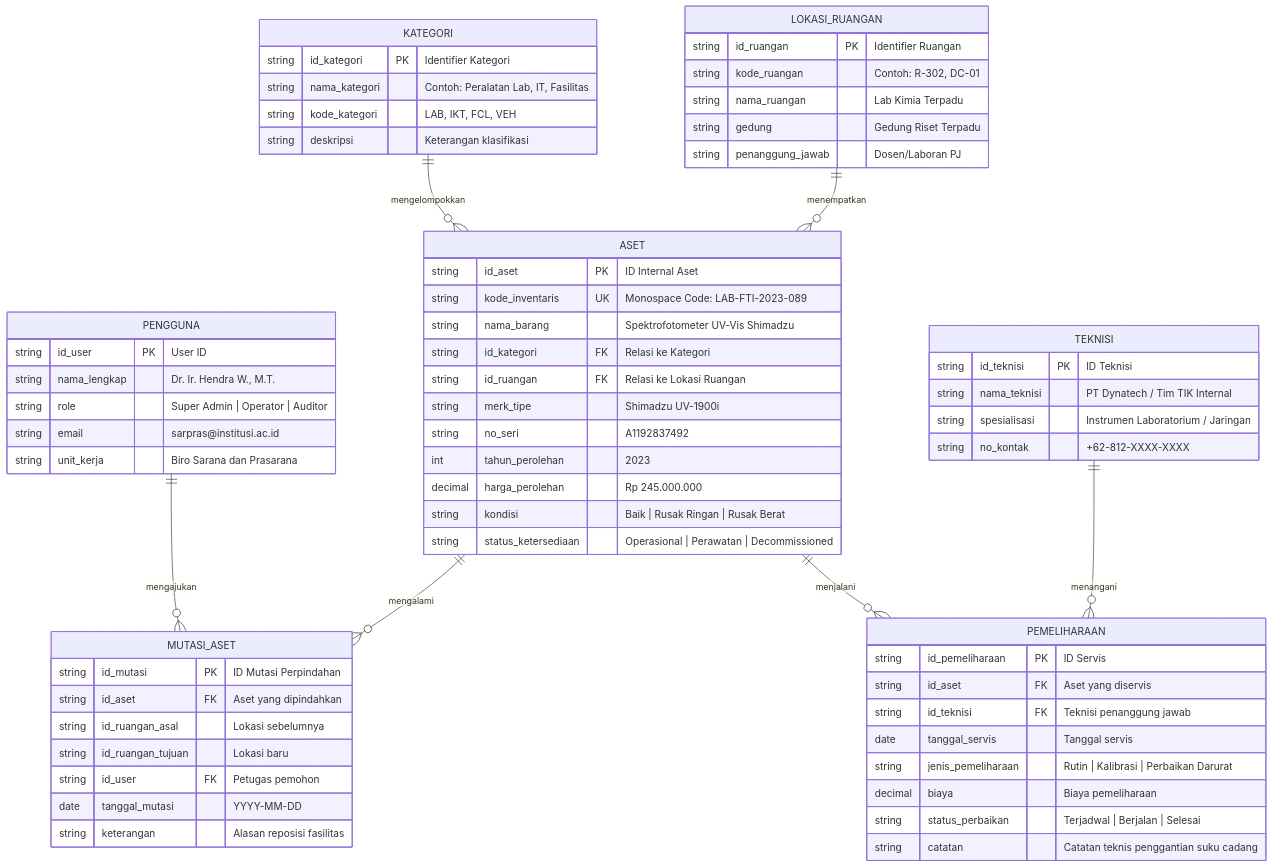
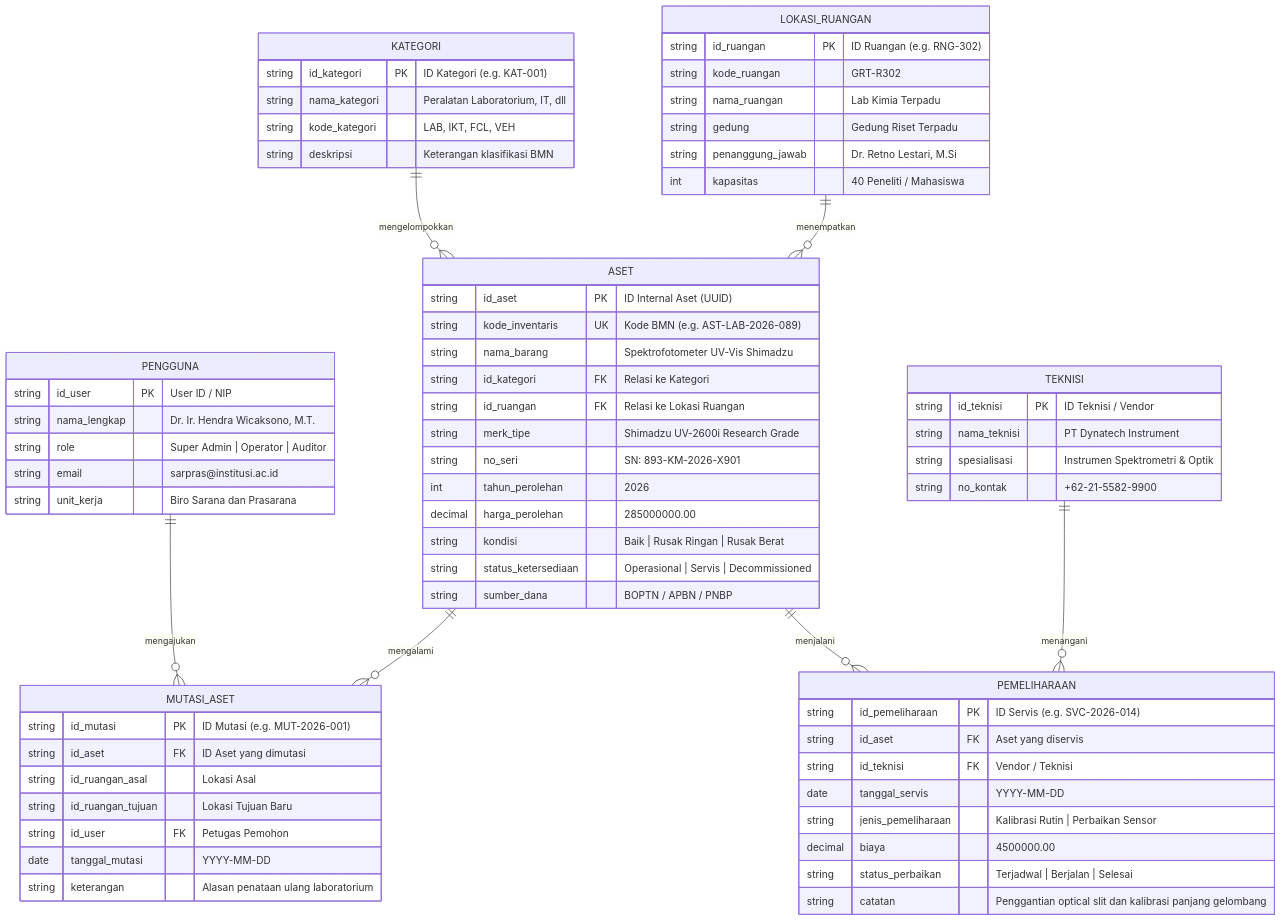
One commit to HeinrichRaxwell/SARPRAS-ACADEMIA changed the first of 3 diagrams in PERANCANGAN.md. Above: the diagram before and after it, drawn with Mermaid. The commit also changed other lines of this file and 5 other files, not shown here.

````diff
--- a/PERANCANGAN.md
+++ b/PERANCANGAN.md
@@ -85,74 +230,76 @@
 ```mermaid
 erDiagram
     KATEGORI ||--o{ ASET : "mengelompokkan"
     LOKASI_RUANGAN ||--o{ ASET : "menempatkan"
     PENGGUNA ||--o{ MUTASI_ASET : "mengajukan"
     ASET ||--o{ MUTASI_ASET : "mengalami"
     ASET ||--o{ PEMELIHARAAN : "menjalani"
     TEKNISI ||--o{ PEMELIHARAAN : "menangani"
 
     KATEGORI {
-        string id_kategori PK "Identifier Kategori"
-        string nama_kategori "Contoh: Peralatan Lab, IT, Fasilitas"
+        string id_kategori PK "ID Kategori (e.g. KAT-001)"
+        string nama_kategori "Peralatan Laboratorium, IT, dll"
         string kode_kategori "LAB, IKT, FCL, VEH"
-        string deskripsi "Keterangan klasifikasi"
+        string deskripsi "Keterangan klasifikasi BMN"
     }
 
     LOKASI_RUANGAN {
-        string id_ruangan PK "Identifier Ruangan"
-        string kode_ruangan "Contoh: R-302, DC-01"
+        string id_ruangan PK "ID Ruangan (e.g. RNG-302)"
+        string kode_ruangan "GRT-R302"
         string nama_ruangan "Lab Kimia Terpadu"
         string gedung "Gedung Riset Terpadu"
-        string penanggung_jawab "Dosen/Laboran PJ"
+        string penanggung_jawab "Dr. Retno Lestari, M.Si"
+        int kapasitas "40 Peneliti / Mahasiswa"
     }
 
     ASET {
-        string id_aset PK "ID Internal Aset"
-        string kode_inventaris UK "Monospace Code: LAB-FTI-2023-089"
+        string id_aset PK "ID Internal Aset (UUID)"
+        string kode_inventaris UK "Kode BMN (e.g. AST-LAB-2026-089)"
         string nama_barang "Spektrofotometer UV-Vis Shimadzu"
         string id_kategori FK "Relasi ke Kategori"
         string id_ruangan FK "Relasi ke Lokasi Ruangan"
-        string merk_tipe "Shimadzu UV-1900i"
-        string no_seri "A1192837492"
-        int tahun_perolehan "2023"
-        decimal harga_perolehan "Rp 245.000.000"
+        string merk_tipe "Shimadzu UV-2600i Research Grade"
+        string no_seri "SN: 893-KM-2026-X901"
+        int tahun_perolehan "2026"
+        decimal harga_perolehan "285000000.00"
         string kondisi "Baik | Rusak Ringan | Rusak Berat"
-        string status_ketersediaan "Operasional | Perawatan | Decommissioned"
+        string status_ketersediaan "Operasional | Servis | Decommissioned"
+        string sumber_dana "BOPTN / APBN / PNBP"
     }
 
     PENGGUNA {
-        string id_user PK "User ID"
-        string nama_lengkap "Dr. Ir. Hendra W., M.T."
+        string id_user PK "User ID / NIP"
+        string nama_lengkap "Dr. Ir. Hendra Wicaksono, M.T."
         string role "Super Admin | Operator | Auditor"
         string email "sarpras@institusi.ac.id"
         string unit_kerja "Biro Sarana dan Prasarana"
     }
 
     MUTASI_ASET {
-        string id_mutasi PK "ID Mutasi Perpindahan"
-        string id_aset FK "Aset yang dipindahkan"
-        string id_ruangan_asal "Lokasi sebelumnya"
-        string id_ruangan_tujuan "Lokasi baru"
-        string id_user FK "Petugas pemohon"
+        string id_mutasi PK "ID Mutasi (e.g. MUT-2026-001)"
+        string id_aset FK "ID Aset yang dimutasi"
+        string id_ruangan_asal "Lokasi Asal"
+        string id_ruangan_tujuan "Lokasi Tujuan Baru"
+        string id_user FK "Petugas Pemohon"
         date tanggal_mutasi "YYYY-MM-DD"
-        string keterangan "Alasan reposisi fasilitas"
+        string keterangan "Alasan penataan ulang laboratorium"
     }
 
     PEMELIHARAAN {
-        string id_pemeliharaan PK "ID Servis"
+        string id_pemeliharaan PK "ID Servis (e.g. SVC-2026-014)"
         string id_aset FK "Aset yang diservis"
-        string id_teknisi FK "Teknisi penanggung jawab"
-        date tanggal_servis "Tanggal servis"
-        string jenis_pemeliharaan "Rutin | Kalibrasi | Perbaikan Darurat"
-        decimal biaya "Biaya pemeliharaan"
+        string id_teknisi FK "Vendor / Teknisi"
+        date tanggal_servis "YYYY-MM-DD"
+        string jenis_pemeliharaan "Kalibrasi Rutin | Perbaikan Sensor"
+        decimal biaya "4500000.00"
         string status_perbaikan "Terjadwal | Berjalan | Selesai"
-        string catatan "Catatan teknis penggantian suku cadang"
+        string catatan "Penggantian optical slit dan kalibrasi panjang gelombang"
     }
 
     TEKNISI {
-        string id_teknisi PK "ID Teknisi"
-        string nama_teknisi "PT Dynatech / Tim TIK Internal"
-        string spesialisasi "Instrumen Laboratorium / Jaringan"
-        string no_kontak "+62-812-XXXX-XXXX"
+        string id_teknisi PK "ID Teknisi / Vendor"
+        string nama_teknisi "PT Dynatech Instrument"
+        string spesialisasi "Instrumen Spektrometri & Optik"
+        string no_kontak "+62-21-5582-9900"
     }
 ```
````
